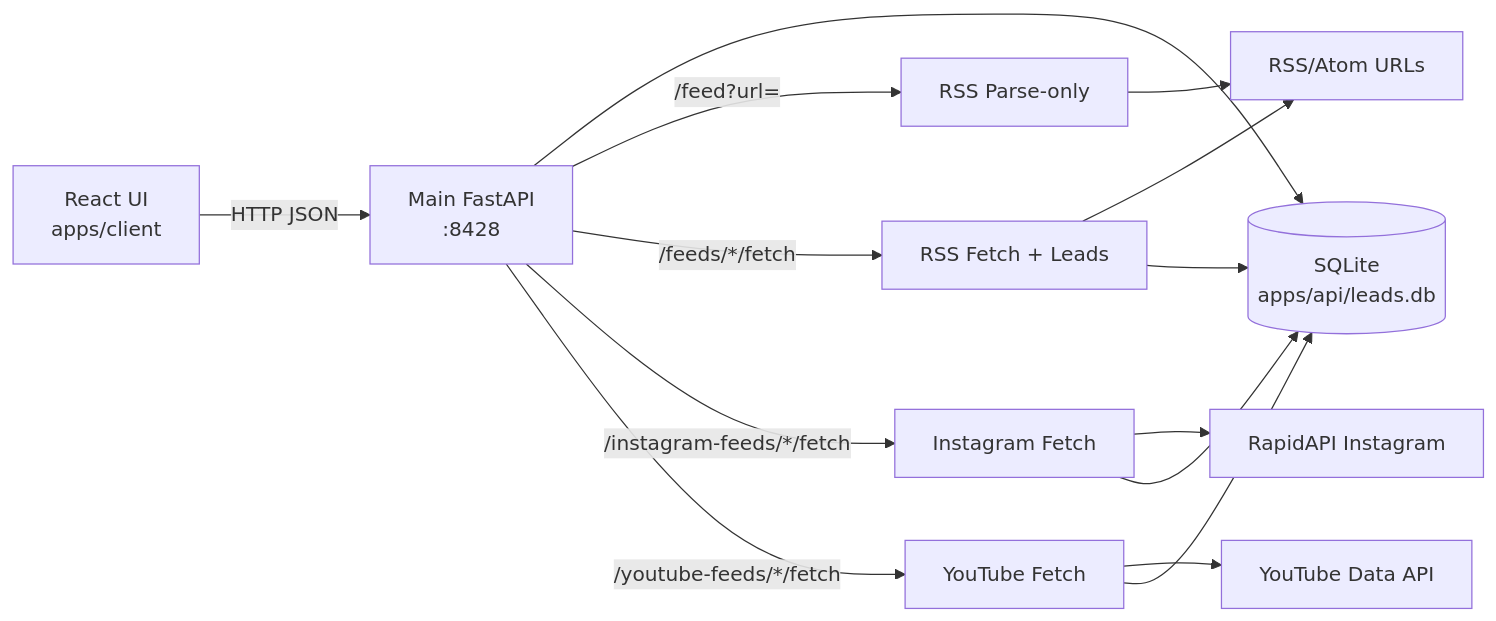
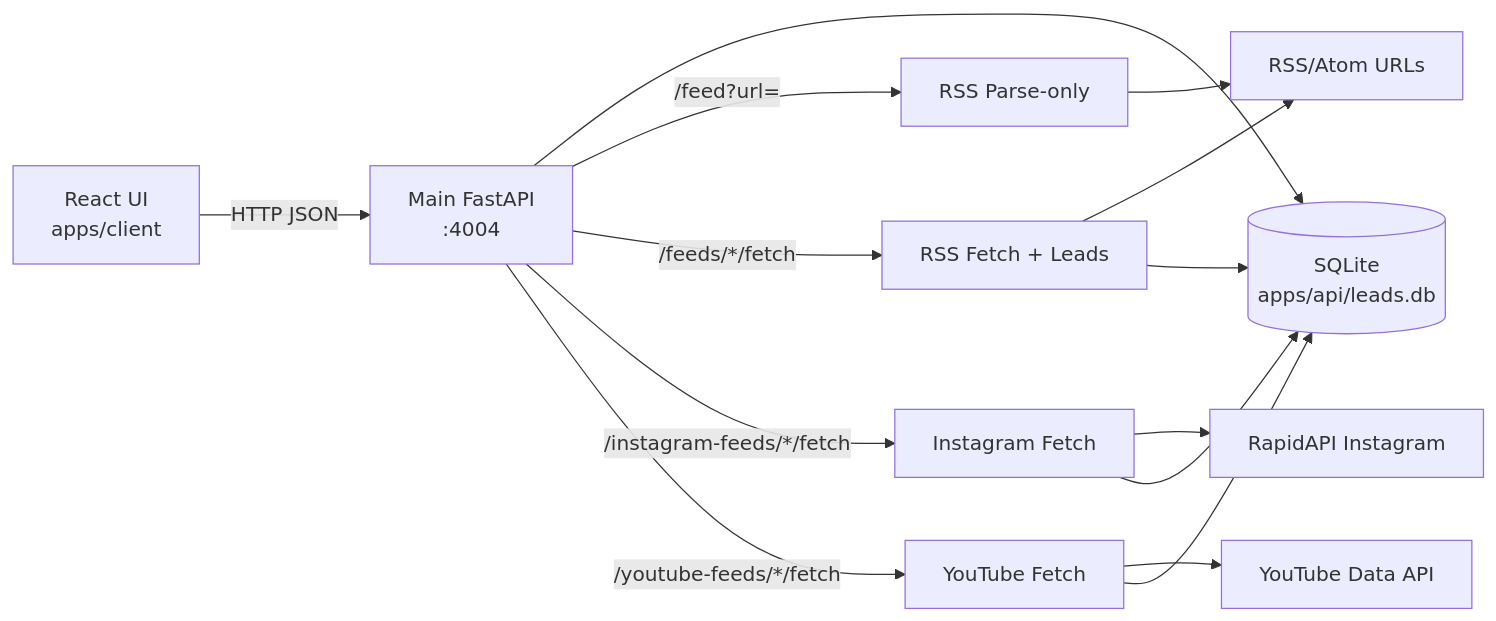
One commit to Questurian/questurian changed the diagram in apps/questurian-leads/docs/data-flow.md. Above: the diagram before and after it, drawn with Mermaid. The commit also changed other lines of this file and 70 other files, not shown here.

````diff
--- a/apps/questurian-leads/docs/data-flow.md
+++ b/apps/questurian-leads/docs/data-flow.md
@@ -8,20 +8,20 @@
 ```mermaid
 flowchart LR
-  UI[React UI<br/>apps/client] -->|HTTP JSON| API[Main FastAPI<br/>:8428]
+  UI[React UI<br/>apps/client] -->|HTTP JSON| API[Main FastAPI<br/>:4004]
   API --> DB[(SQLite<br/>apps/api/leads.db)]
 
   API -->|/feed?url=| FeedParse[RSS Parse-only]
   FeedParse --> RSS[RSS/Atom URLs]
 
   API -->|/feeds/*/fetch| FeedFetch[RSS Fetch + Leads]
   FeedFetch --> RSS
   FeedFetch --> DB
 
   API -->|/instagram-feeds/*/fetch| InstaFetch[Instagram Fetch]
   InstaFetch --> RapidAPI[RapidAPI Instagram]
   InstaFetch --> DB
 
   API -->|/youtube-feeds/*/fetch| YouTubeFetch[YouTube Fetch]
   YouTubeFetch --> YouTubeAPI[YouTube Data API]
   YouTubeFetch --> DB
 ```
````
